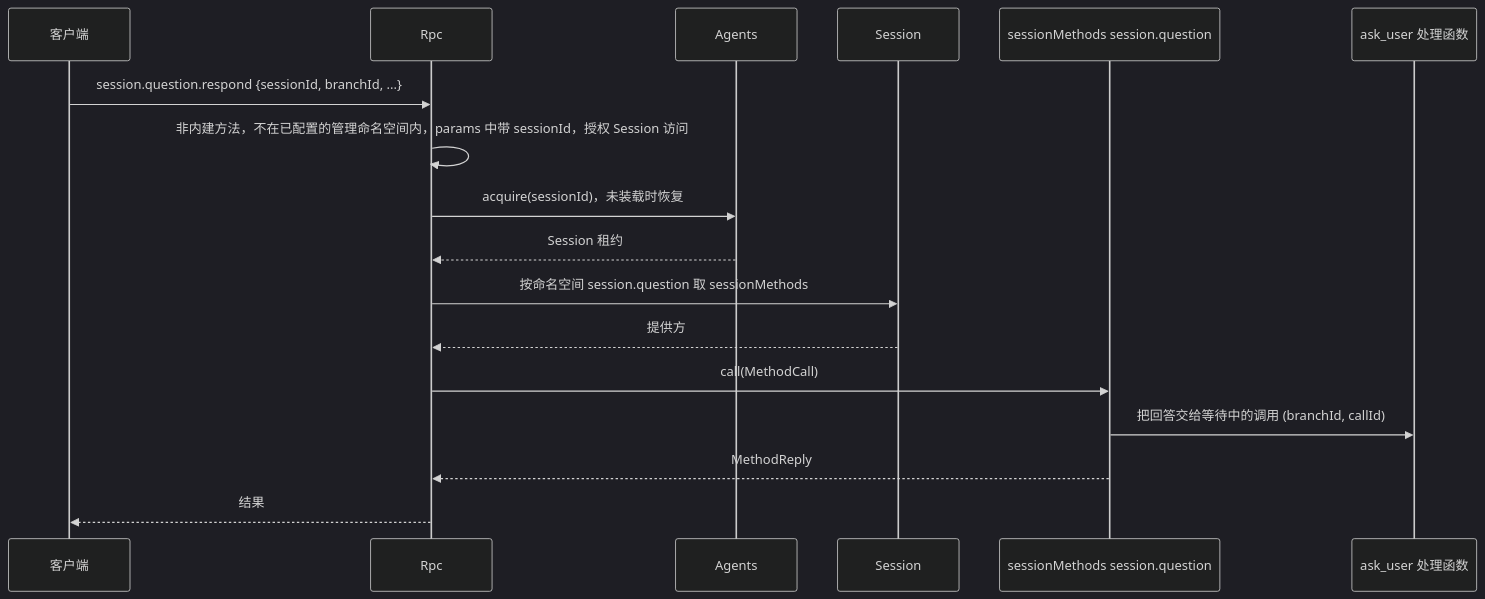
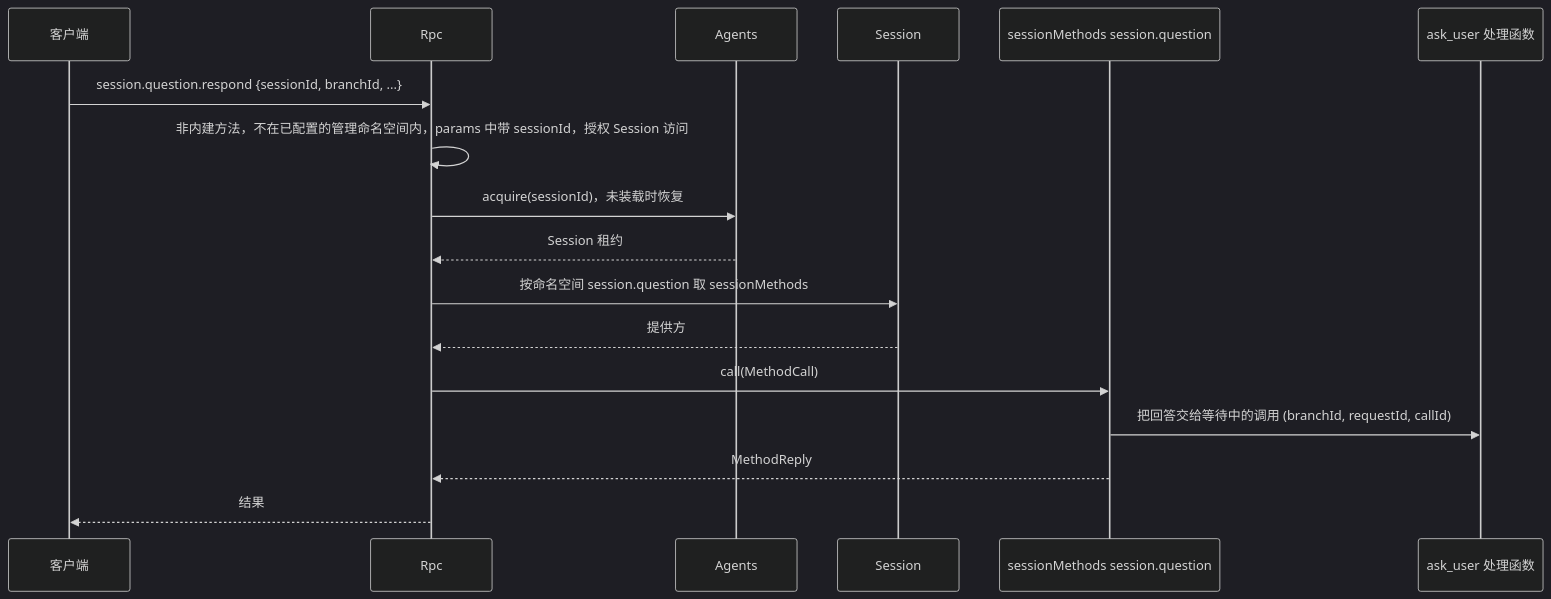
The second of 3 diagrams in docs/zh/design/contracts/session-boundary.md (CoutinhoTTS/dim-agent), drawn with Mermaid (dark theme) before and after one commit. The commit also changed 5 other files, not shown here.

First line of the commit message:
docs(questions): name a waiting call by its model request id (#144)

````diff
--- a/docs/zh/design/contracts/session-boundary.md
+++ b/docs/zh/design/contracts/session-boundary.md
@@ -67,19 +67,19 @@
 ```mermaid
 sequenceDiagram
   participant CL as 客户端
   participant Rpc as Rpc
   participant AI as Agents
   participant S as Session
   participant Q as sessionMethods session.question
   participant H as ask_user 处理函数
   CL->>Rpc: session.question.respond {sessionId, branchId, ...}
   Rpc->>Rpc: 非内建方法，不在已配置的管理命名空间内，params 中带 sessionId，授权 Session 访问
   Rpc->>AI: acquire(sessionId)，未装载时恢复
   AI-->>Rpc: Session 租约
   Rpc->>S: 按命名空间 session.question 取 sessionMethods
   S-->>Rpc: 提供方
   Rpc->>Q: call(MethodCall)
-  Q->>H: 把回答交给等待中的调用 (branchId, callId)
+  Q->>H: 把回答交给等待中的调用 (branchId, requestId, callId)
   Q-->>Rpc: MethodReply
   Rpc-->>CL: 结果
 ```
````
